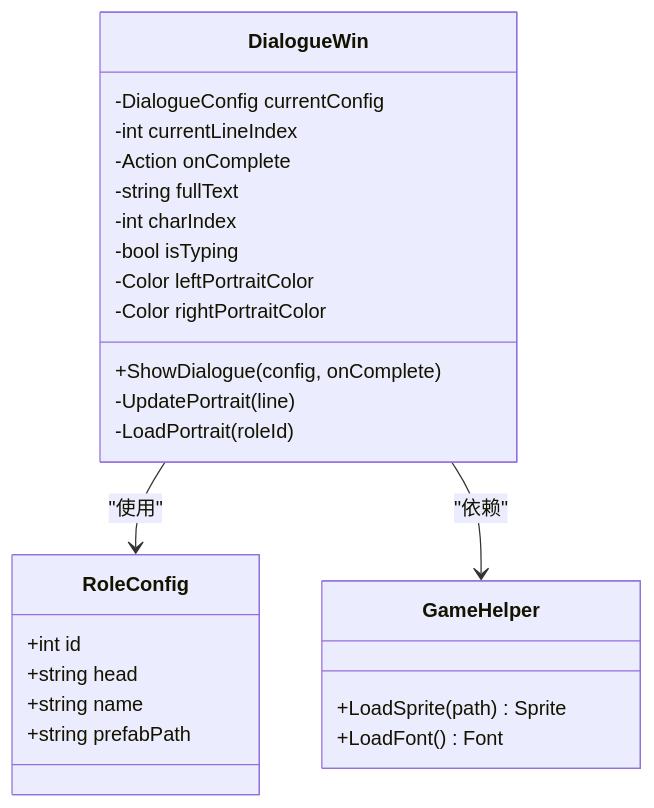
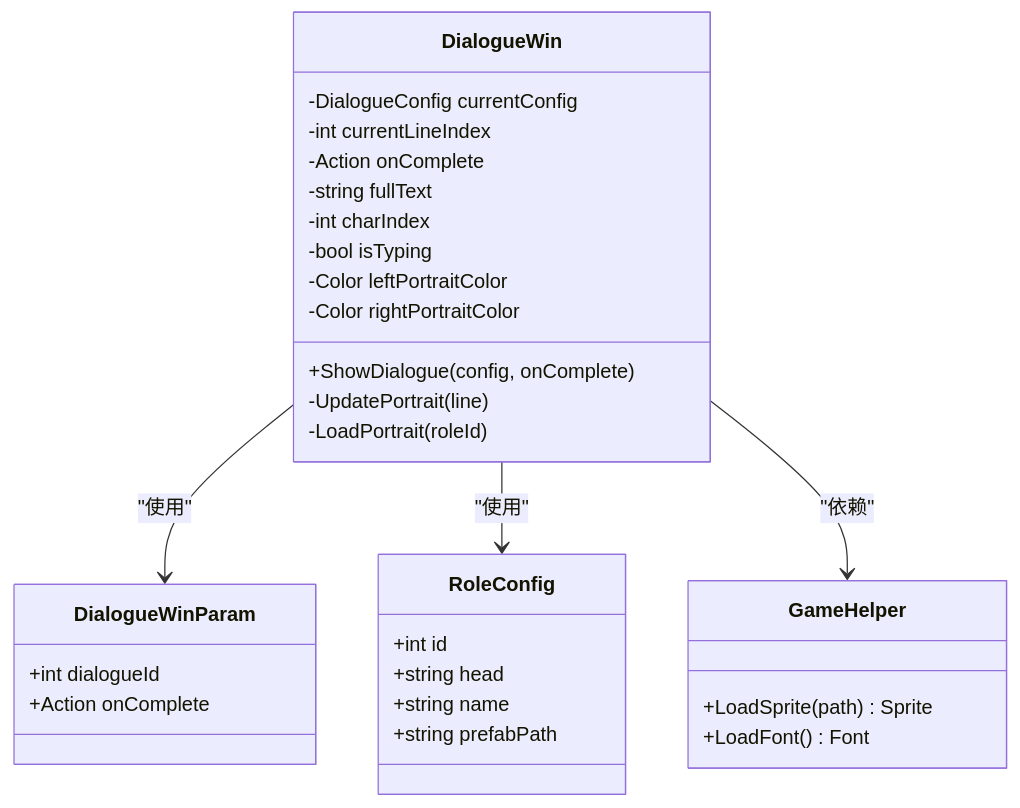
Before and after one commit to Tuusen/p1_client: the fifth of 7 diagrams in .qoder/repowiki/zh/content/Dialogue Win.md, drawn with Mermaid. The commit also changed other lines of this file and 21 other files, not shown here.

````diff
--- a/.qoder/repowiki/zh/content/Dialogue Win.md
+++ b/.qoder/repowiki/zh/content/Dialogue Win.md
@@ -201,28 +280,33 @@
 ```mermaid
 classDiagram
 class DialogueWin {
 -DialogueConfig currentConfig
 -int currentLineIndex
 -Action onComplete
 -string fullText
 -int charIndex
 -bool isTyping
 -Color leftPortraitColor
 -Color rightPortraitColor
 +ShowDialogue(config, onComplete)
 -UpdatePortrait(line)
 -LoadPortrait(roleId)
 }
+class DialogueWinParam {
++int dialogueId
++Action onComplete
+}
 class RoleConfig {
 +int id
 +string head
 +string name
 +string prefabPath
 }
 class GameHelper {
 +LoadSprite(path) Sprite
 +LoadFont() Font
 }
+DialogueWin --> DialogueWinParam : "使用"
 DialogueWin --> RoleConfig : "使用"
 DialogueWin --> GameHelper : "依赖"
 ```
````
